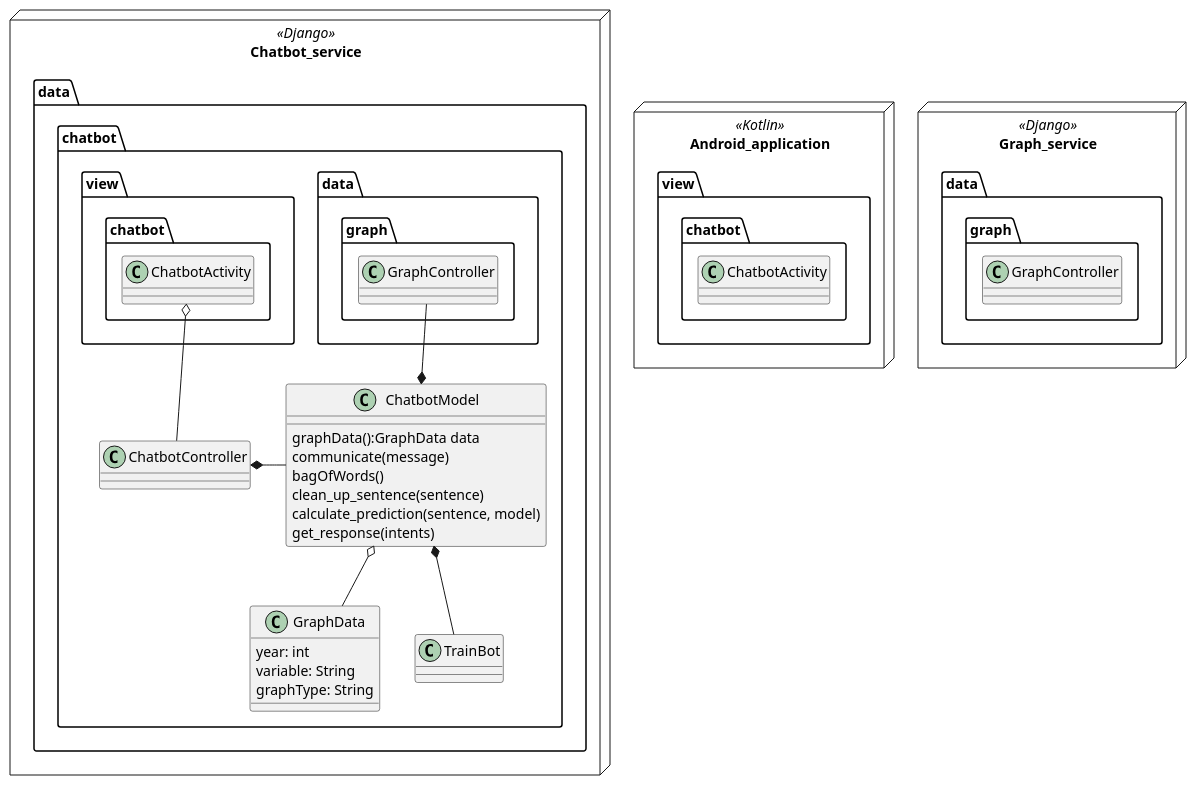
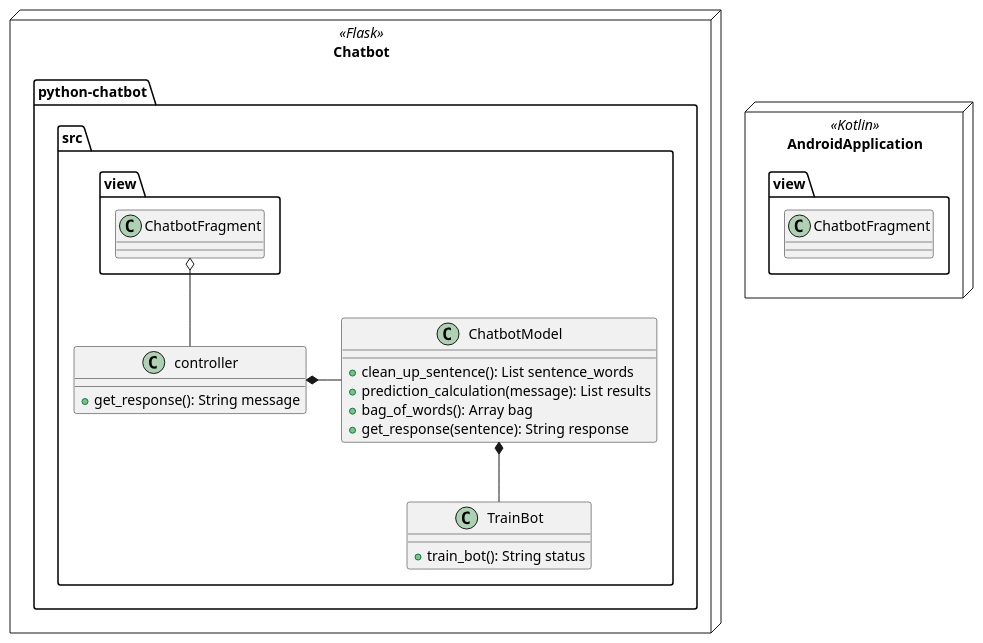
One commit to Ataches/MiCosecha_Design changed the diagram in Class_diagrams/Chatbot.puml. Above: the diagram before and after it, drawn with PlantUML. The commit also changed 10 other files, not shown here.

Commit message:
fix: diagrams

```diff
--- a/Class_diagrams/Chatbot.puml
+++ b/Class_diagrams/Chatbot.puml
@@ -1,43 +1,31 @@
 @startuml
 'https://plantuml.com/class-diagram
 
-node Android_application <<Kotlin>> {
-    namespace view.chatbot {
-        class ChatbotActivity  {
+node AndroidApplication <<Kotlin>> {
+    namespace view {
+        class ChatbotFragment  {
         }
     }
 }
 
-node Graph_service <<Django>> {
-    namespace data.graph {
-        class GraphController {
+node Chatbot <<Flask>> {
+    namespace python-chatbot.src {
+        class ChatbotModel {
+            + clean_up_sentence(): List sentence_words
+            + prediction_calculation(message): List results
+            + bag_of_words(): Array bag
+            + get_response(sentence): String response
         }
-    }
-}
-
-node Chatbot_service <<Django>> {
-    namespace data.chatbot {
-        class ChatbotModel {
-            graphData():GraphData data
-            communicate(message)
-            bagOfWords()
-            clean_up_sentence(sentence)
-            calculate_prediction(sentence, model)
-            get_response(intents)
-        }
-        class GraphData {
-            year: int
-            variable: String
-            graphType: String
+        class controller {
+            + get_response(): String message
         }
         class TrainBot {
+            + train_bot(): String status
         }
 
-        ChatbotModel o-- GraphData
-        data.graph.GraphController --* ChatbotModel
-        ChatbotController *- ChatbotModel
-        view.chatbot.ChatbotActivity o-- ChatbotController
+        controller *- ChatbotModel
+        view.ChatbotFragment o-- controller
         ChatbotModel *-- TrainBot
     }
 }
 @enduml
```
